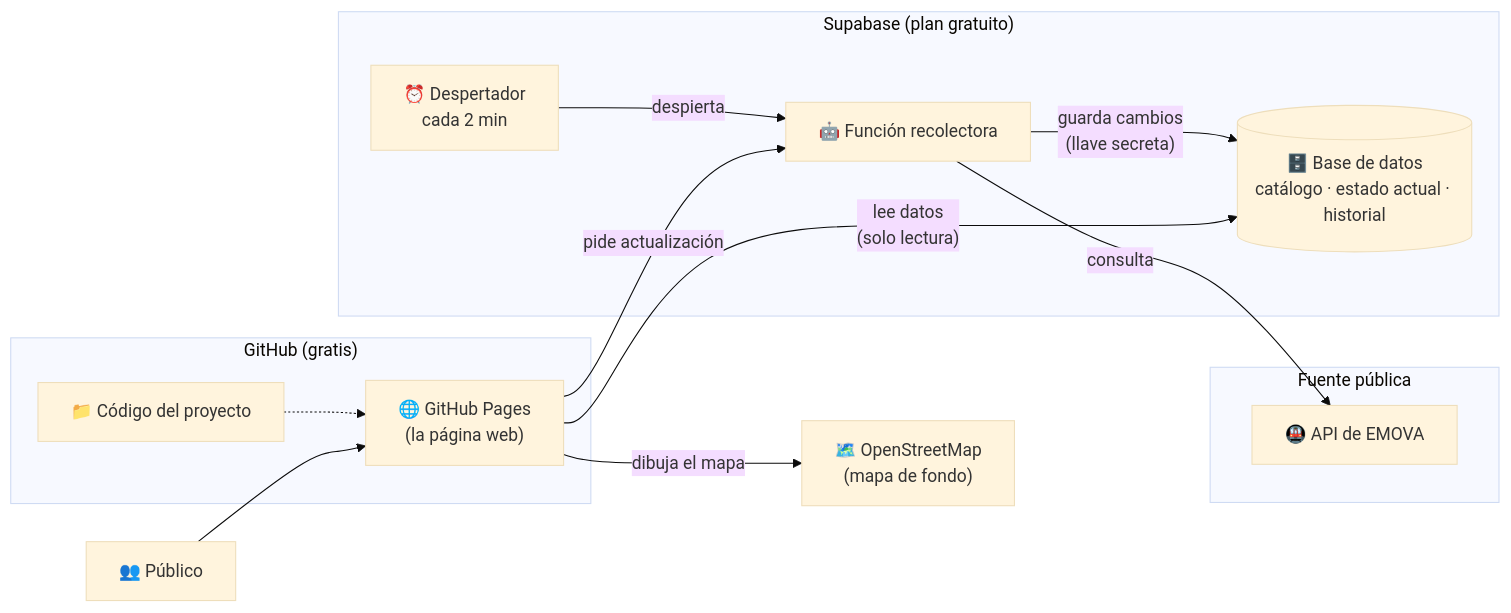
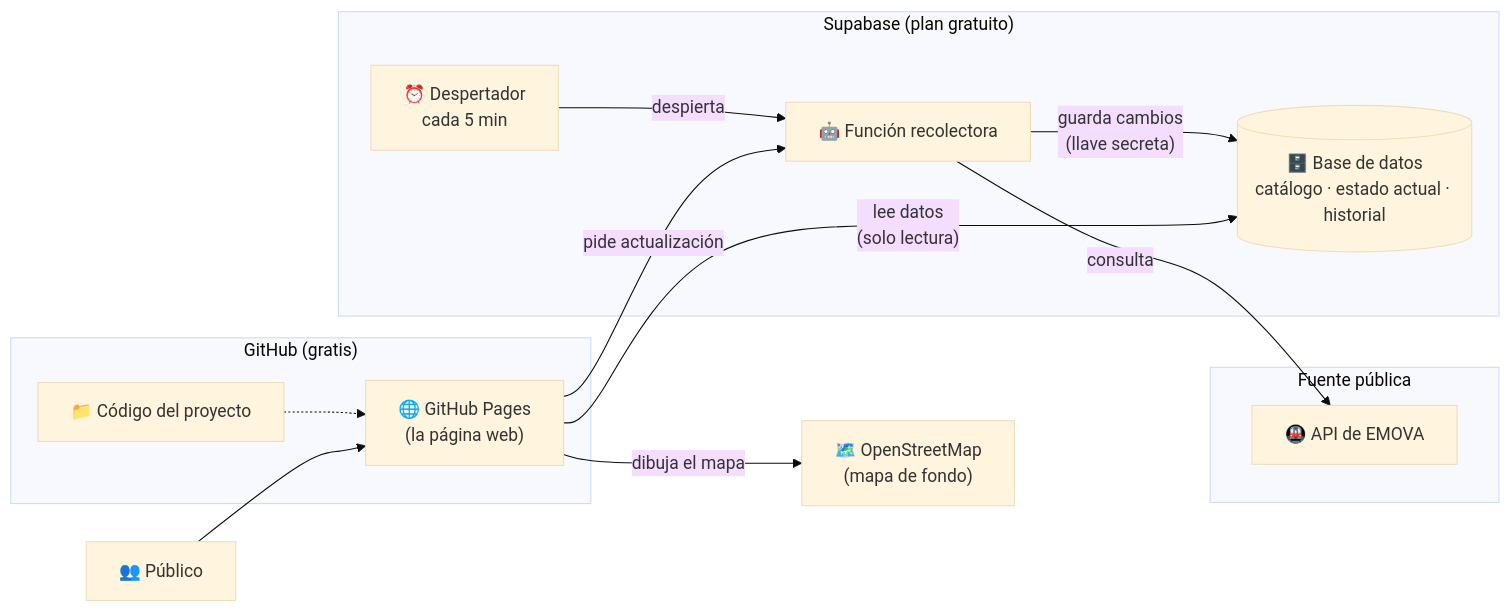
One commit to juanfere/accesibilidad_subte changed the sixth of 6 diagrams in README_no_tecnico.md. Above: the diagram before and after it, drawn with Mermaid (base theme). The commit also changed other lines of this file and 4 other files, not shown here.

````diff
--- a/README_no_tecnico.md
+++ b/README_no_tecnico.md
@@ -227,29 +227,29 @@
 ```mermaid
 flowchart LR
     subgraph Internet_publico["Fuente pública"]
         EMOVA["🚇 API de EMOVA"]
     end
 
     subgraph Supabase["Supabase (plan gratuito)"]
-        CRON["⏰ Despertador<br/>cada 2 min"]
+        CRON["⏰ Despertador<br/>cada 5 min"]
         FN["🤖 Función recolectora"]
         DB[("🗄️ Base de datos<br/>catálogo · estado actual · historial")]
     end
 
     subgraph GitHub["GitHub (gratis)"]
         CODE["📁 Código del proyecto"]
         GP["🌐 GitHub Pages<br/>(la página web)"]
     end
 
     OSM["🗺️ OpenStreetMap<br/>(mapa de fondo)"]
     USER["👥 Público"]
 
     CRON -- "despierta" --> FN
     FN -- "consulta" --> EMOVA
     FN -- "guarda cambios<br/>(llave secreta)" --> DB
     CODE -.-> GP
     USER --> GP
     GP -- "lee datos<br/>(solo lectura)" --> DB
     GP -- "pide actualización" --> FN
     GP -- "dibuja el mapa" --> OSM
 ```
````
